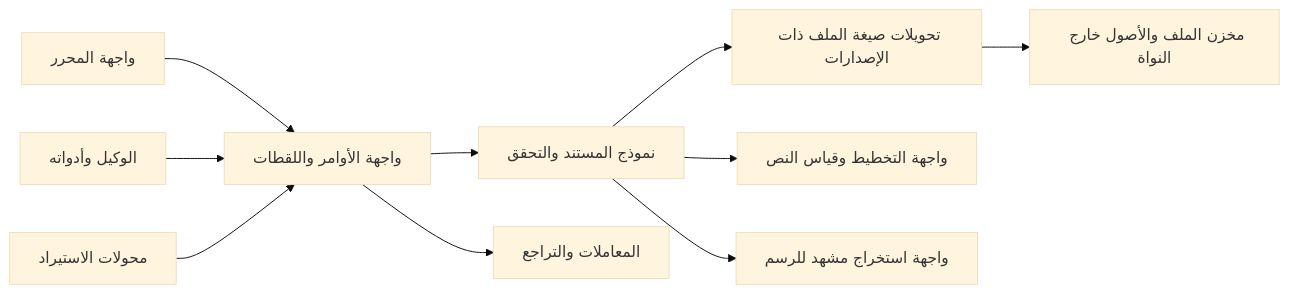
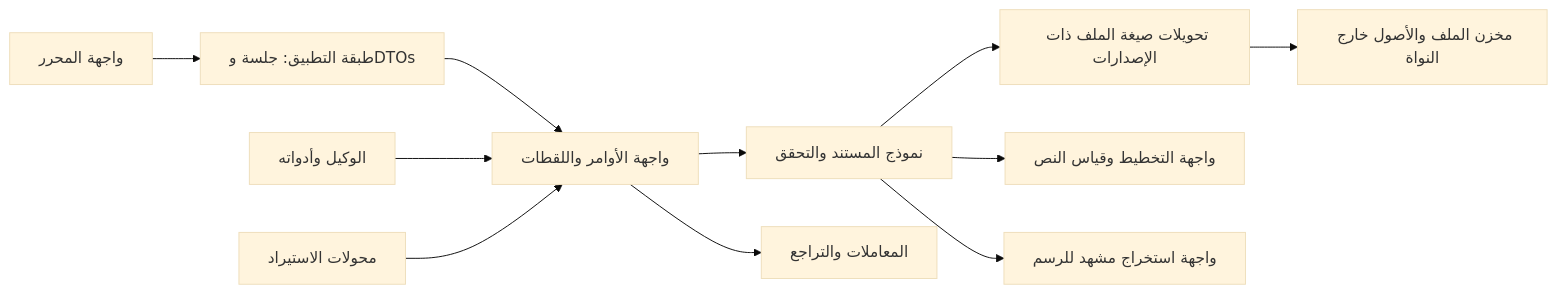
One commit to swotvibe/swotvibe-desing-core changed the diagram in docs/architecture/core-kernel-technical-specification.md. Above: the diagram before and after it, drawn with Mermaid (base theme). The commit also changed other lines of this file and 57 other files, not shown here.

````diff
--- a/docs/architecture/core-kernel-technical-specification.md
+++ b/docs/architecture/core-kernel-technical-specification.md
@@ -72,12 +72,13 @@
 ```mermaid
 flowchart LR
-  UI[واجهة المحرر] --> API[واجهة الأوامر واللقطات]
+  UI[واجهة المحرر] --> APP[طبقة التطبيق: جلسة وDTOs]
+  APP --> API[واجهة الأوامر واللقطات]
   AGENT[الوكيل وأدواته] --> API
   IMPORT[محولات الاستيراد] --> API
   API --> MODEL[نموذج المستند والتحقق]
   API --> HISTORY[المعاملات والتراجع]
   MODEL --> FORMAT[تحويلات صيغة الملف ذات الإصدارات]
   MODEL --> LAYOUT[واجهة التخطيط وقياس النص]
   MODEL --> RENDER[واجهة استخراج مشهد للرسم]
   FORMAT --> STORE[مخزن الملف والأصول خارج النواة]
 ```
````
